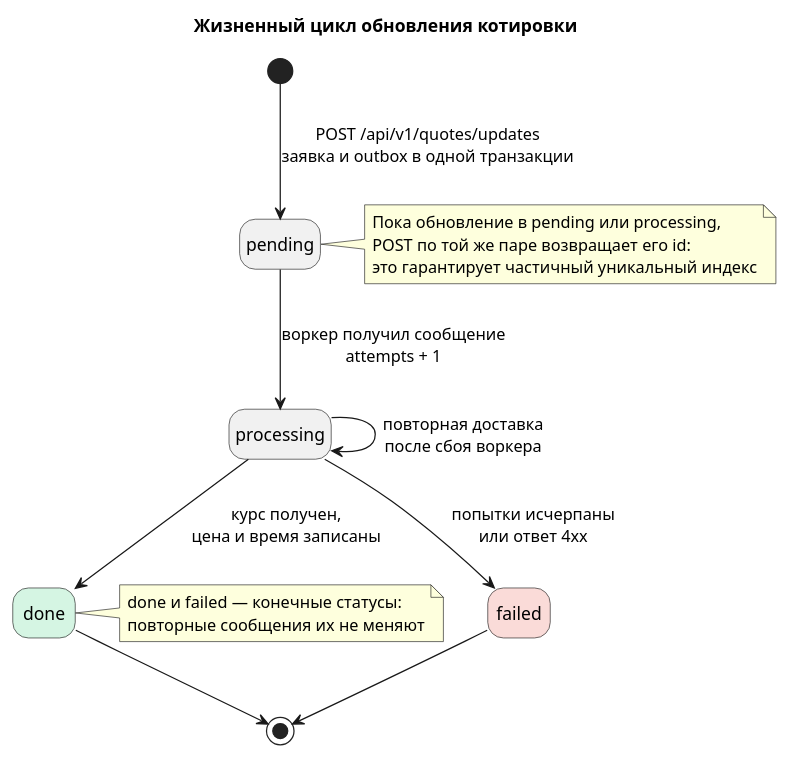
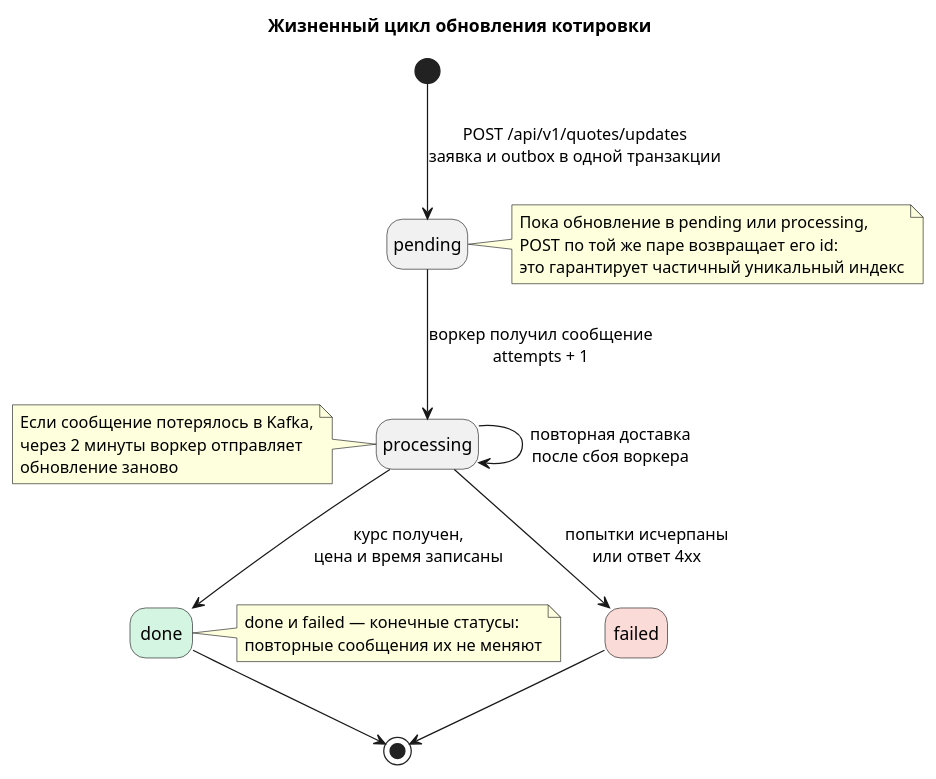
One commit to DmitryGityuk/currency-quotes changed the diagram in docs/diagrams/state-update.puml. Above: the diagram before and after it, drawn with PlantUML. The commit also changed 11 other files, not shown here.

```diff
--- a/docs/diagrams/state-update.puml
+++ b/docs/diagrams/state-update.puml
@@ -1,29 +1,35 @@
 @startuml state-update
 ' Statuses of a row in quote_updates.
 title Жизненный цикл обновления котировки
 hide empty description
 
 state pending
 state processing
 state done #D5F5E3
 state failed #FADBD8
 
 [*] --> pending : POST /api/v1/quotes/updates\nзаявка и outbox в одной транзакции
 pending --> processing : воркер получил сообщение\nattempts + 1
 processing --> processing : повторная доставка\nпосле сбоя воркера
 processing --> done : курс получен,\nцена и время записаны
 processing --> failed : попытки исчерпаны\nили ответ 4xx
 done --> [*]
 failed --> [*]
 
 note right of pending
   Пока обновление в pending или processing,
   POST по той же паре возвращает его id:
   это гарантирует частичный уникальный индекс
 end note
 
+note left of processing
+  Если сообщение потерялось в Kafka,
+  через 2 минуты воркер отправляет
+  обновление заново
+end note
+
 note right of done
   done и failed — конечные статусы:
   повторные сообщения их не меняют
 end note
 @enduml
```
